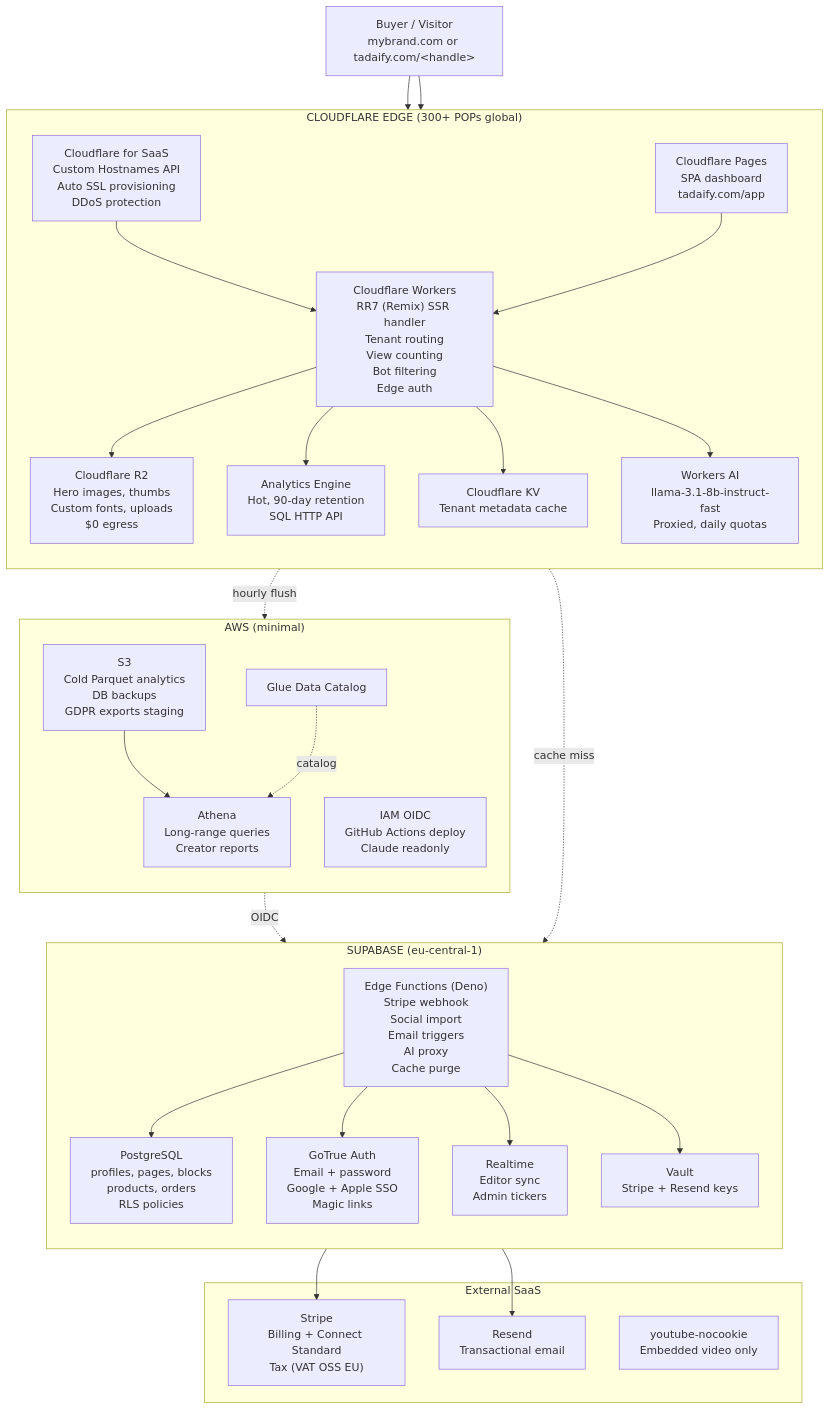
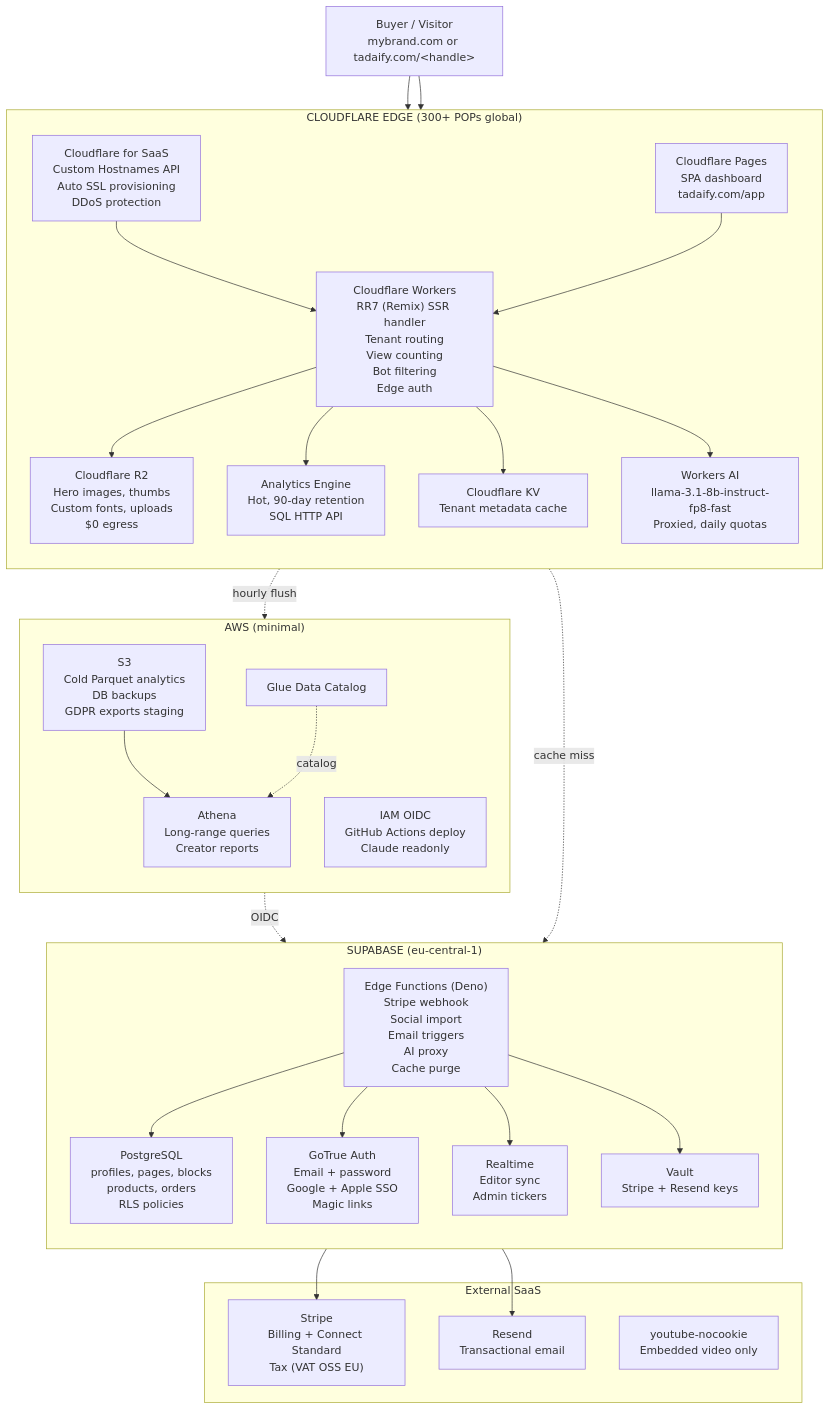
The diagram in docs/research/cloudflare-architecture-cost-dossier.md (graspsoftwarepw/tadaify-app), drawn with Mermaid before and after one commit. The commit also changed other lines of this file, not shown here.

````diff
--- a/docs/research/cloudflare-architecture-cost-dossier.md
+++ b/docs/research/cloudflare-architecture-cost-dossier.md
@@ -89,58 +89,58 @@
 ```mermaid
 flowchart TB
   Visitor["Buyer / Visitor<br/>mybrand.com or tadaify.com/&lt;handle&gt;"]
 
   subgraph CF["CLOUDFLARE EDGE (300+ POPs global)"]
     direction TB
     SaaS["Cloudflare for SaaS<br/>Custom Hostnames API<br/>Auto SSL provisioning<br/>DDoS protection"]
     Workers["Cloudflare Workers<br/>RR7 (Remix) SSR handler<br/>Tenant routing<br/>View counting<br/>Bot filtering<br/>Edge auth"]
     Pages["Cloudflare Pages<br/>SPA dashboard<br/>tadaify.com/app"]
     R2["Cloudflare R2<br/>Hero images, thumbs<br/>Custom fonts, uploads<br/>$0 egress"]
     AE["Analytics Engine<br/>Hot, 90-day retention<br/>SQL HTTP API"]
     KV["Cloudflare KV<br/>Tenant metadata cache"]
-    AI["Workers AI<br/>llama-3.1-8b-instruct-fast<br/>Proxied, daily quotas"]
+    AI["Workers AI<br/>llama-3.1-8b-instruct-fp8-fast<br/>Proxied, daily quotas"]
   end
 
   subgraph SB["SUPABASE (eu-central-1)"]
     direction TB
     PG["PostgreSQL<br/>profiles, pages, blocks<br/>products, orders<br/>RLS policies"]
     Auth["GoTrue Auth<br/>Email + password<br/>Google + Apple SSO<br/>Magic links"]
     EF["Edge Functions (Deno)<br/>Stripe webhook<br/>Social import<br/>Email triggers<br/>AI proxy<br/>Cache purge"]
     RT["Realtime<br/>Editor sync<br/>Admin tickers"]
     Vault["Vault<br/>Stripe + Resend keys"]
   end
 
   subgraph AWS["AWS (minimal)"]
     direction TB
     S3["S3<br/>Cold Parquet analytics<br/>DB backups<br/>GDPR exports staging"]
     Athena["Athena<br/>Long-range queries<br/>Creator reports"]
     Glue["Glue Data Catalog"]
     IAM["IAM OIDC<br/>GitHub Actions deploy<br/>Claude readonly"]
   end
 
   subgraph Ext["External SaaS"]
     Stripe["Stripe<br/>Billing + Connect Standard<br/>Tax (VAT OSS EU)"]
     Resend["Resend<br/>Transactional email"]
     YT["youtube-nocookie<br/>Embedded video only"]
   end
 
   Visitor --> SaaS
   Visitor --> Workers
   SaaS --> Workers
   Pages --> Workers
   Workers --> R2
   Workers --> AE
   Workers --> KV
   Workers --> AI
   Workers -. cache miss .-> EF
   EF --> PG
   EF --> Auth
   EF --> RT
   EF --> Vault
   EF --> Stripe
   EF --> Resend
   Workers -. hourly flush .-> S3
   S3 --> Athena
   Glue -. catalog .-> Athena
   IAM -. OIDC .-> EF
 ```
````
